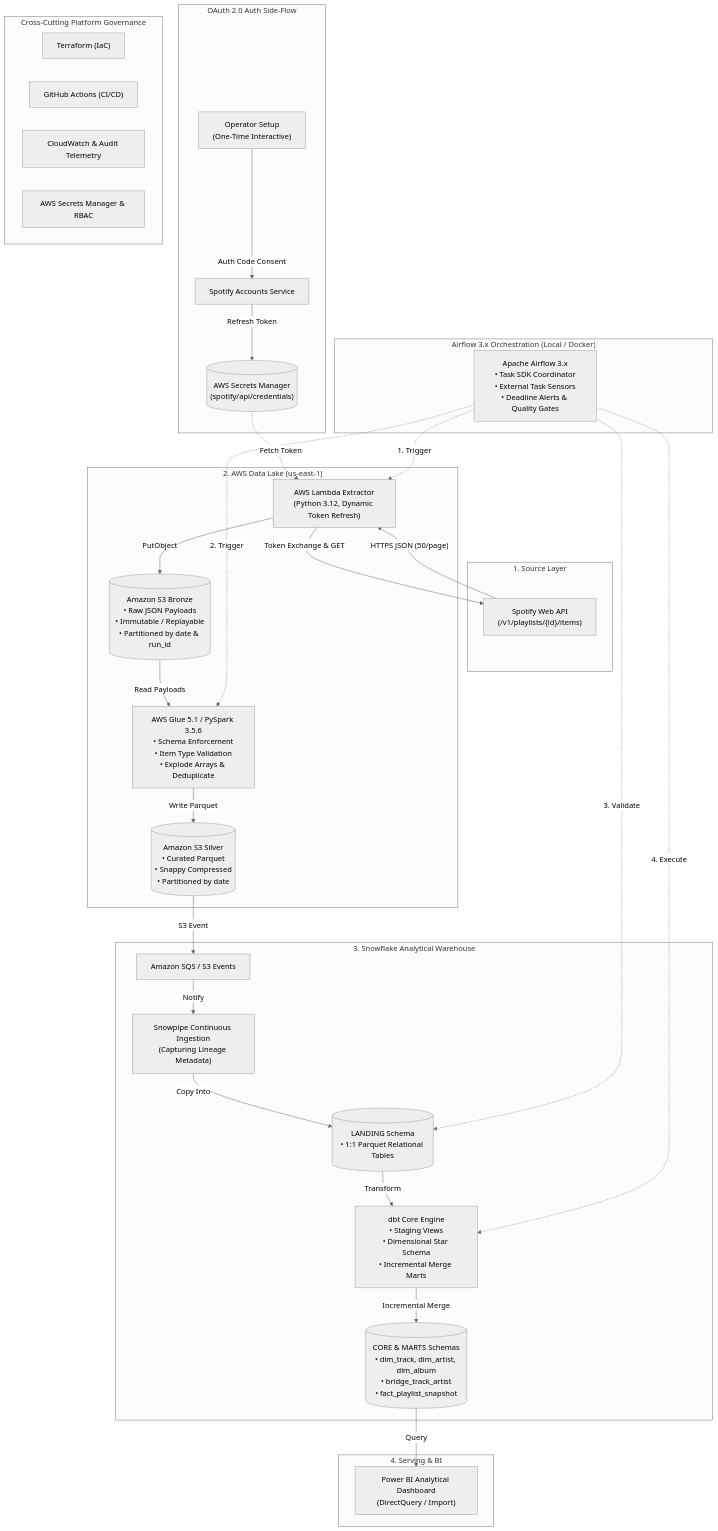
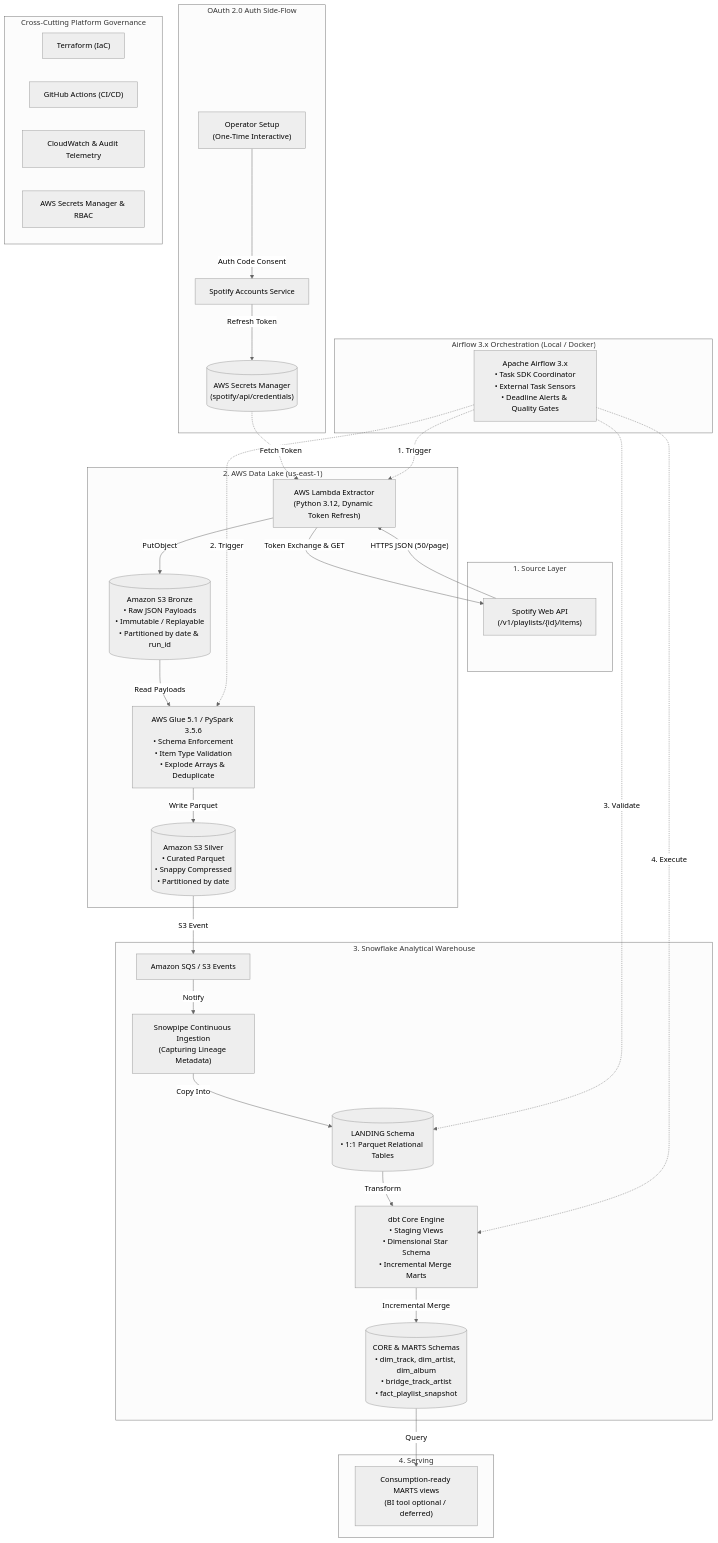
One commit to DanielBBrasileiro/spotify-analytics-data-platform changed the first of 2 diagrams in README.md. Above: the diagram before and after it, drawn with Mermaid (neutral theme). The commit also changed other lines of this file and 47 other files, not shown here.

Commit message:
feat: finish portfolio roadmap and infrastructure contracts

````diff
--- a/README.md
+++ b/README.md
@@ -41,61 +41,61 @@
 ```mermaid
 flowchart TD
     subgraph Auth["OAuth 2.0 Auth Side-Flow"]
         Operator["Operator Setup<br/>(One-Time Interactive)"] -->|Auth Code Consent| SpotifyAuth["Spotify Accounts Service"]
         SpotifyAuth -->|Refresh Token| SecMgr[("AWS Secrets Manager<br/>(spotify/api/credentials)")]
     end
 
     subgraph Sources["1. Source Layer"]
         API["Spotify Web API<br/>(/v1/playlists/{id}/items)"]
     end
 
     subgraph Lake["2. AWS Data Lake (us-east-1)"]
         Lambda["AWS Lambda Extractor<br/>(Python 3.12, Dynamic Token Refresh)"]
         S3Bronze[("Amazon S3 Bronze<br/>• Raw JSON Payloads<br/>• Immutable / Replayable<br/>• Partitioned by date & run_id")]
         Glue["AWS Glue 5.1 / PySpark 3.5.6<br/>• Schema Enforcement<br/>• Item Type Validation<br/>• Explode Arrays & Deduplicate"]
         S3Silver[("Amazon S3 Silver<br/>• Curated Parquet<br/>• Snappy Compressed<br/>• Partitioned by date")]
     end
 
     subgraph Warehouse["3. Snowflake Analytical Warehouse"]
         SQS["Amazon SQS / S3 Events"]
         Snowpipe["Snowpipe Continuous Ingestion<br/>(Capturing Lineage Metadata)"]
         Landing[("LANDING Schema<br/>• 1:1 Parquet Relational Tables")]
         dbt["dbt Core Engine<br/>• Staging Views<br/>• Dimensional Star Schema<br/>• Incremental Merge Marts"]
         Core[("CORE & MARTS Schemas<br/>• dim_track, dim_artist, dim_album<br/>• bridge_track_artist<br/>• fact_playlist_snapshot")]
     end
 
-    subgraph Serving["4. Serving & BI"]
-        PowerBI["Power BI Analytical Dashboard<br/>(DirectQuery / Import)"]
+    subgraph Serving["4. Serving"]
+        BIConsumer["Consumption-ready MARTS views<br/>(BI tool optional / deferred)"]
     end
 
     subgraph Orchestration["Airflow 3.x Orchestration (Local / Docker)"]
         Airflow["Apache Airflow 3.x<br/>• Task SDK Coordinator<br/>• External Task Sensors<br/>• Deadline Alerts & Quality Gates"]
     end
 
     subgraph Foundation["Cross-Cutting Platform Governance"]
         TF["Terraform (IaC)"]
         GHA["GitHub Actions (CI/CD)"]
         CW["CloudWatch & Audit Telemetry"]
         Sec["AWS Secrets Manager & RBAC"]
     end
 
     %% Data Pipeline Flow
     SecMgr -.->|Fetch Token| Lambda
     Lambda -->|Token Exchange & GET| API
     API -->|"HTTPS JSON (50/page)"| Lambda
     Lambda -->|PutObject| S3Bronze
     S3Bronze -->|Read Payloads| Glue
     Glue -->|Write Parquet| S3Silver
     S3Silver -->|S3 Event| SQS
     SQS -->|Notify| Snowpipe
     Snowpipe -->|Copy Into| Landing
     Landing -->|Transform| dbt
     dbt -->|Incremental Merge| Core
-    Core -->|Query| PowerBI
+    Core -->|Query| BIConsumer
 
     %% Orchestration
     Airflow -.->|1. Trigger| Lambda
     Airflow -.->|2. Trigger| Glue
     Airflow -.->|3. Validate| Landing
     Airflow -.->|4. Execute| dbt
 ```
````
